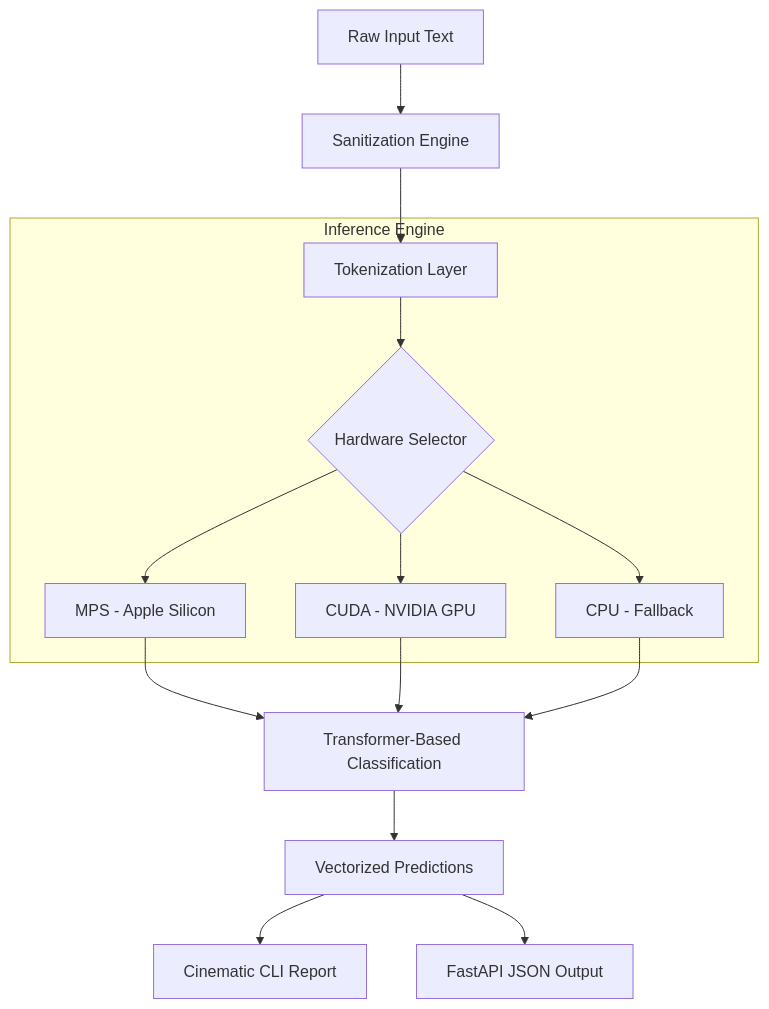
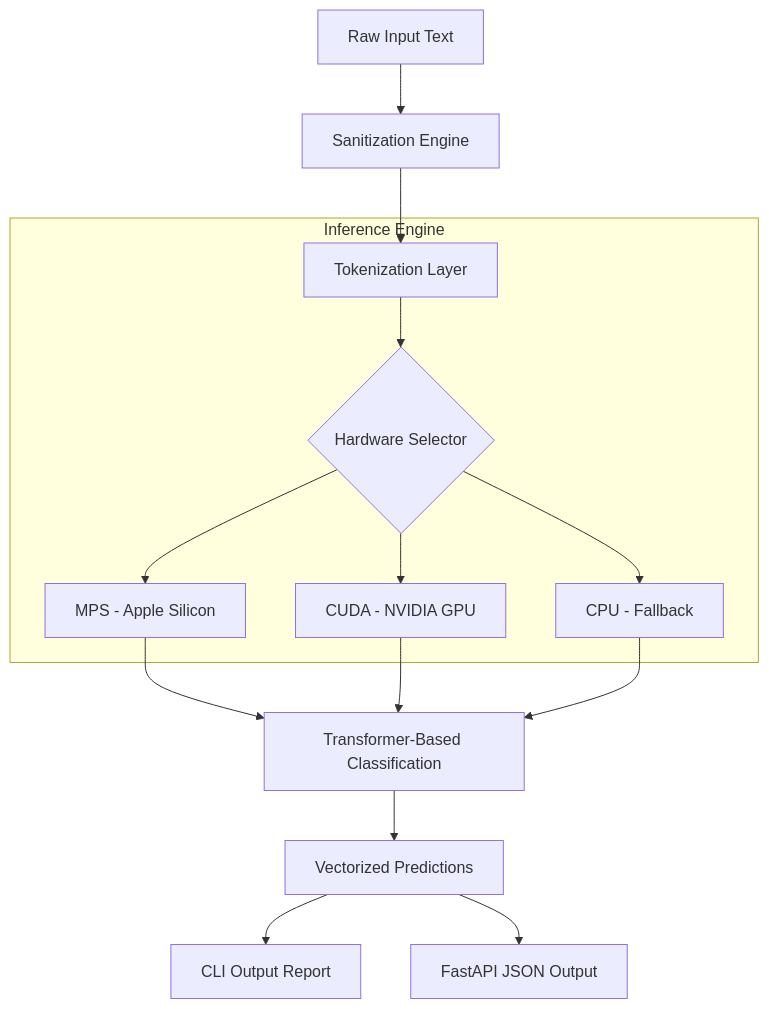
One commit to fs0cietyx/ai-slop-detector changed the first of 2 diagrams in README.md. Above: the diagram before and after it, drawn with Mermaid. The commit also changed other lines of this file and 10 other files, not shown here.

````diff
--- a/README.md
+++ b/README.md
@@ -27,17 +27,17 @@
 ```mermaid
 graph TD
     A[Raw Input Text] --> B[Sanitization Engine]
     B --> C[Tokenization Layer]
     subgraph "Inference Engine"
     C --> D{Hardware Selector}
     D --> E[MPS - Apple Silicon]
     D --> F[CUDA - NVIDIA GPU]
     D --> G[CPU - Fallback]
     end
     E --> H[Transformer-Based Classification]
     F --> H
     G --> H
     H --> I[Vectorized Predictions]
-    I --> J[Cinematic CLI Report]
+    I --> J[CLI Output Report]
     I --> K[FastAPI JSON Output]
 ```
````
